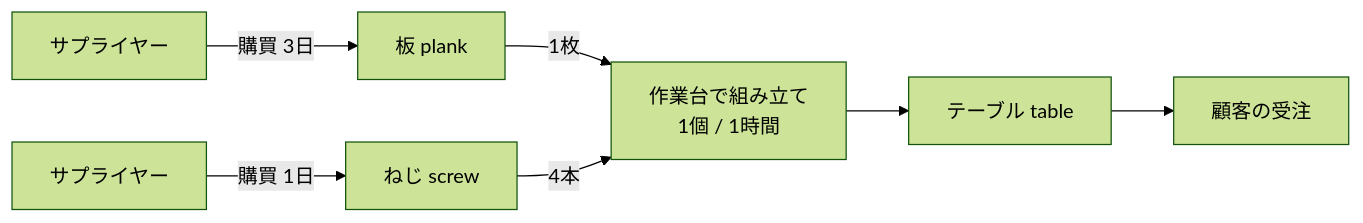
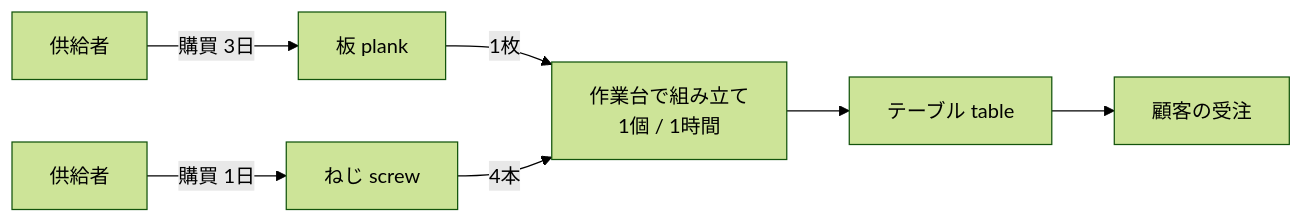
One commit to rkawajiri/zenn-content changed the diagram in books/frepple-tutorial-ja/05-build-model.md. Above: the diagram before and after it, drawn with Mermaid (forest theme). The commit also changed other lines of this file and 14 other files, not shown here.

````diff
--- a/books/frepple-tutorial-ja/05-build-model.md
+++ b/books/frepple-tutorial-ja/05-build-model.md
@@ -21,9 +21,9 @@
 ```mermaid
 flowchart LR
-  S1[サプライヤー] -->|購買 3日| P[板 plank]
-  S2[サプライヤー] -->|購買 1日| W[ねじ screw]
+  S1[供給者] -->|購買 3日| P[板 plank]
+  S2[供給者] -->|購買 1日| W[ねじ screw]
   P -->|1枚| A[作業台で組み立て<br>1個 / 1時間]
   W -->|4本| A
   A --> T[テーブル table]
   T --> O[顧客の受注]
 ```
````
